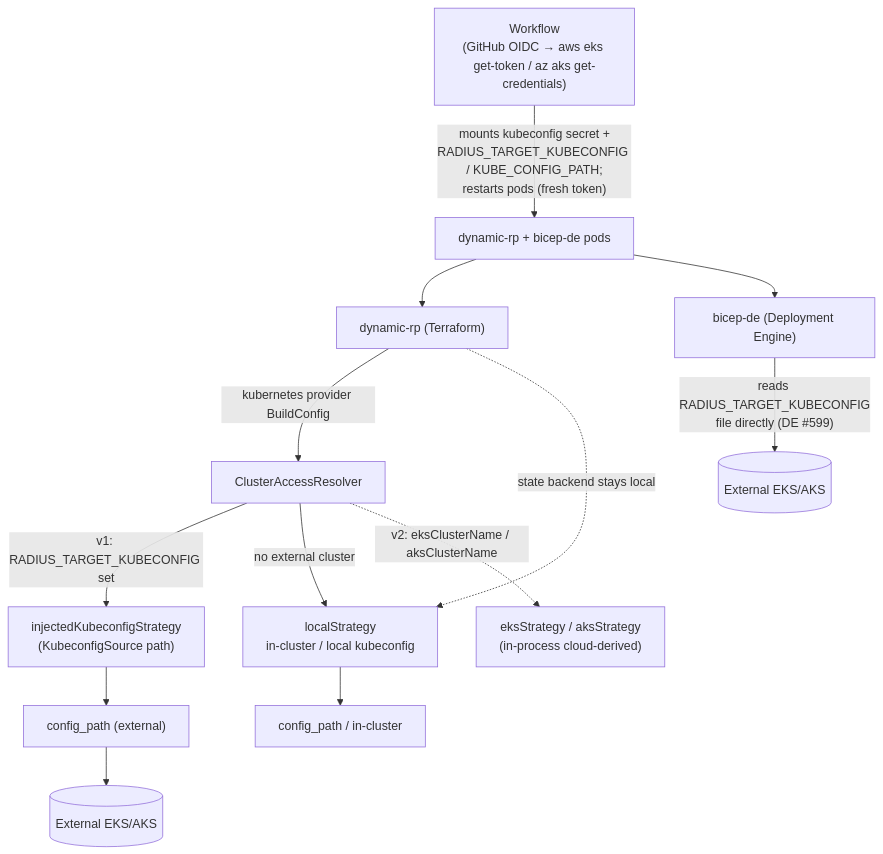
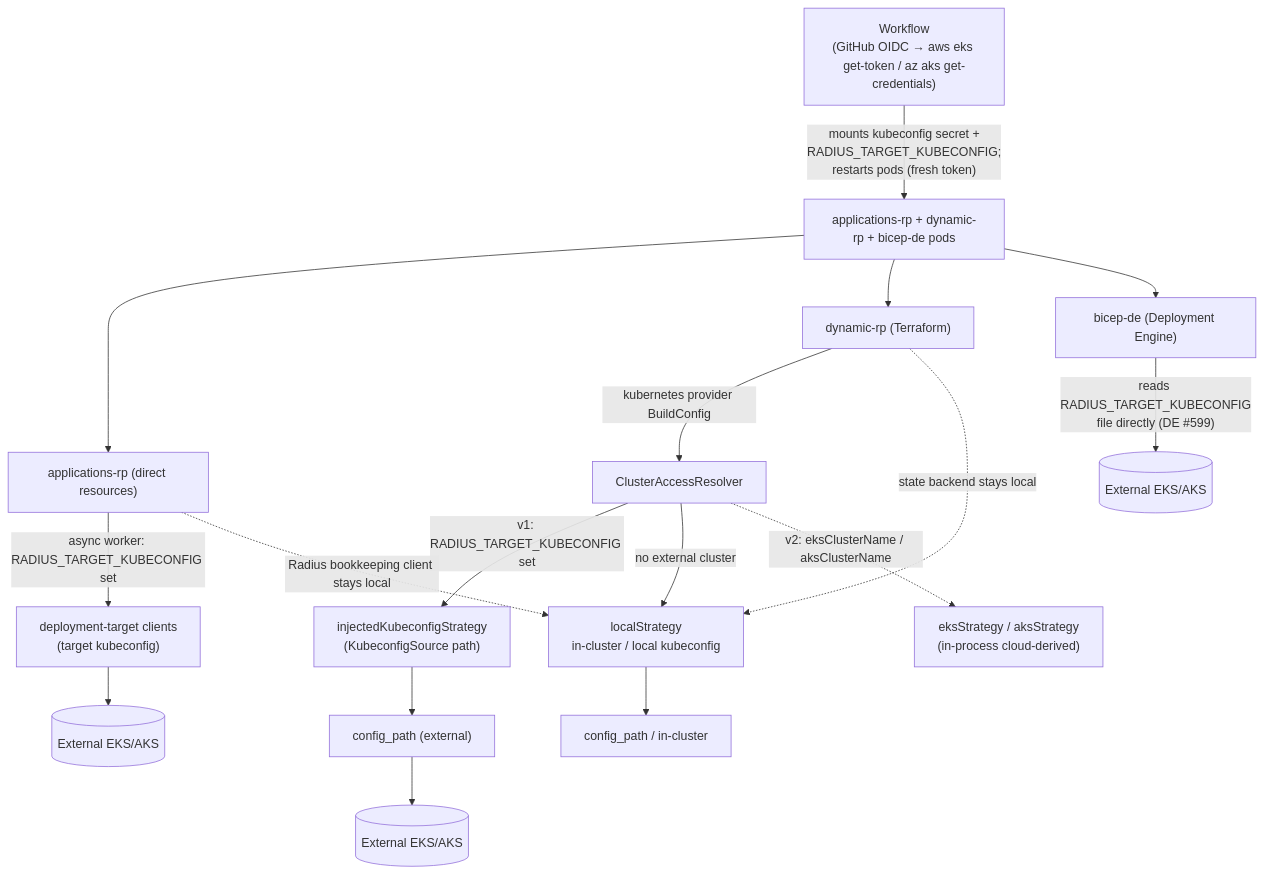
Before and after one commit to radius-project/radius: the diagram in eng/design-notes/environments/2026-06-multi-cluster.md, drawn with Mermaid. The commit also changed other lines of this file, not shown here.

First line of the commit message:
docs(design): adopt whole-application external deployment (Change 5)

````diff
--- a/eng/design-notes/environments/2026-06-multi-cluster.md
+++ b/eng/design-notes/environments/2026-06-multi-cluster.md
@@ -246,20 +257,25 @@
 ```mermaid
 flowchart TD
-    WF["Workflow<br/>(GitHub OIDC → aws eks get-token / az aks get-credentials)"] -->|"mounts kubeconfig secret +<br/>RADIUS_TARGET_KUBECONFIG / KUBE_CONFIG_PATH;<br/>restarts pods (fresh token)"| Pods["dynamic-rp + bicep-de pods"]
+    WF["Workflow<br/>(GitHub OIDC → aws eks get-token / az aks get-credentials)"] -->|"mounts kubeconfig secret +<br/>RADIUS_TARGET_KUBECONFIG;<br/>restarts pods (fresh token)"| Pods["applications-rp + dynamic-rp + bicep-de pods"]
 
+    Pods --> ARP["applications-rp (direct resources)"]
     Pods --> TFRP["dynamic-rp (Terraform)"]
     Pods --> DE["bicep-de (Deployment Engine)"]
+
+    ARP -->|"async worker: RADIUS_TARGET_KUBECONFIG set"| Direct["deployment-target clients<br/>(target kubeconfig)"]
+    Direct --> DirectExt[(External EKS/AKS)]
 
     TFRP -->|"kubernetes provider BuildConfig"| Resolver["ClusterAccessResolver"]
     Resolver -->|"v1: RADIUS_TARGET_KUBECONFIG set"| Inj["injectedKubeconfigStrategy<br/>(KubeconfigSource path)"]
     Resolver -->|"no external cluster"| Local["localStrategy<br/>in-cluster / local kubeconfig"]
     Resolver -.->|"v2: eksClusterName / aksClusterName"| Cloud["eksStrategy / aksStrategy<br/>(in-process cloud-derived)"]
 
     Inj --> CP["config_path (external)"]
     Local --> CP2["config_path / in-cluster"]
     CP --> TFExt[(External EKS/AKS)]
 
     DE -->|"reads RADIUS_TARGET_KUBECONFIG<br/>file directly (DE #599)"| DEExt[(External EKS/AKS)]
 
+    ARP -. "Radius bookkeeping client stays local" .-> Local
     TFRP -. "state backend stays local" .-> Local
 ```
````
